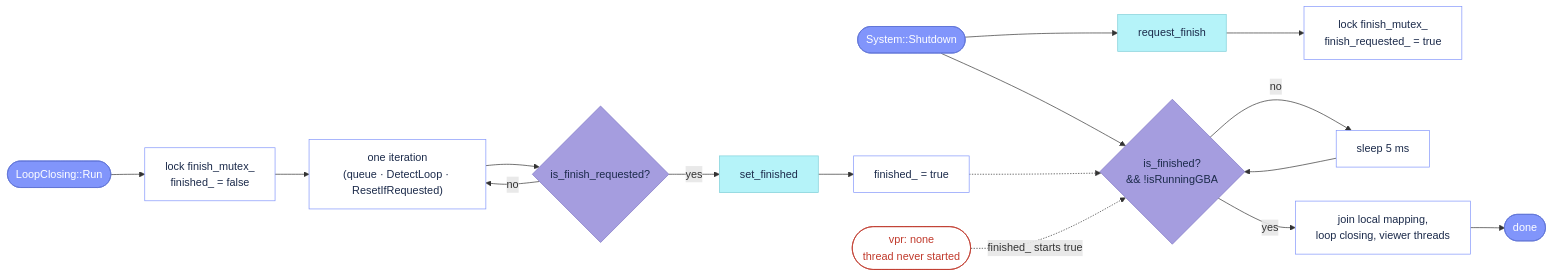
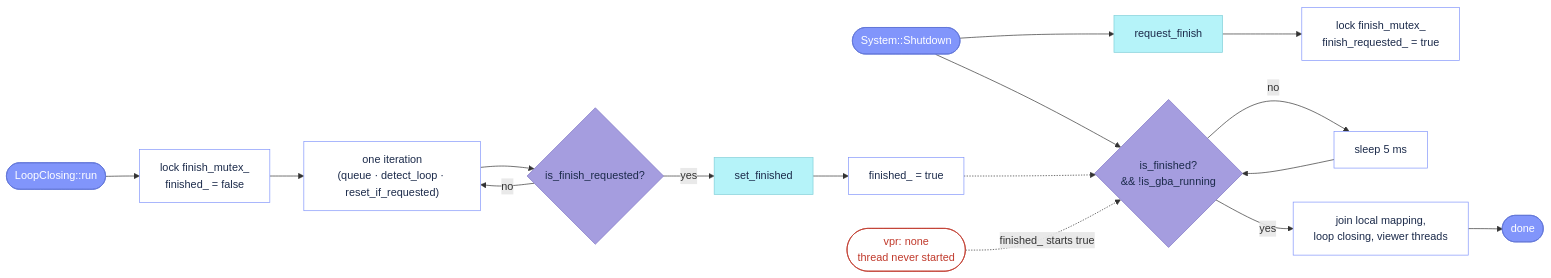
The fifth of 5 diagrams in docs/reference/LoopClosing.md (alejandrofontan/AllFeature-VSLAM), drawn with Mermaid before and after one commit. The commit also changed other lines of this file and 10 other files, not shown here.

````diff
--- a/docs/reference/LoopClosing.md
+++ b/docs/reference/LoopClosing.md
@@ -149,26 +387,26 @@
 ```mermaid
 flowchart LR
     SD([System::Shutdown]) --> RF[request_finish] --> REQ["lock finish_mutex_<br/>finish_requested_ = true"]
-    SD --> WAIT{is_finished?<br/>&& !isRunningGBA}
+    SD --> WAIT{is_finished?<br/>&& !is_gba_running}
     WAIT -- no --> SLP["sleep 5 ms"] --> WAIT
     WAIT -- yes --> JOIN["join local mapping,<br/>loop closing, viewer threads"] --> DONE([done])
 
-    RUN([LoopClosing::Run]) --> START["lock finish_mutex_<br/>finished_ = false"] --> IT["one iteration<br/>(queue · DetectLoop · ResetIfRequested)"] --> IFR{is_finish_requested?}
+    RUN([LoopClosing::run]) --> START["lock finish_mutex_<br/>finished_ = false"] --> IT["one iteration<br/>(queue · detect_loop · reset_if_requested)"] --> IFR{is_finish_requested?}
     IFR -- no --> IT
     IFR -- yes --> SF[set_finished] --> FIN["finished_ = true"]
     FIN -.-> WAIT
     NOVPR([vpr: none<br/>thread never started]) -. finished_ starts true .-> WAIT
 
     %% VSLAM-LAB logo squares: cyan #b5f3f9, periwinkle #8195fb, lavender #a59ddf
     classDef entry fill:#8195fb,stroke:#5f74d6,color:#fff
     classDef step fill:#b5f3f9,stroke:#7fcfd8,color:#1b2a4a
     classDef check fill:#a59ddf,stroke:#7e75c4,color:#1b2a4a
     classDef cmd fill:#fff,stroke:#8195fb,color:#1b2a4a
     classDef stop fill:#fff,stroke:#c0392b,color:#c0392b
 
     class SD,RUN,DONE entry
     class RF,SF step
     class WAIT,IFR check
     class REQ,SLP,JOIN,START,IT,FIN cmd
     class NOVPR stop
 ```
````
